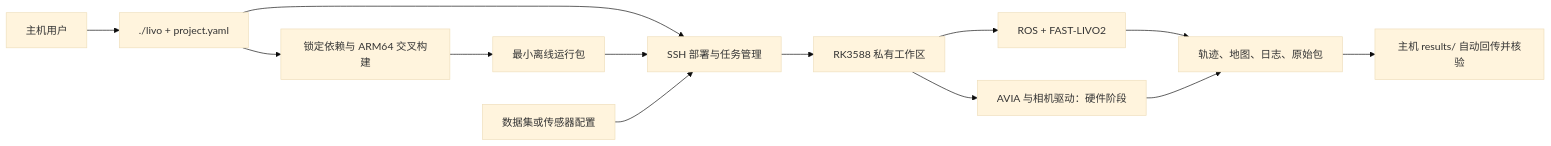
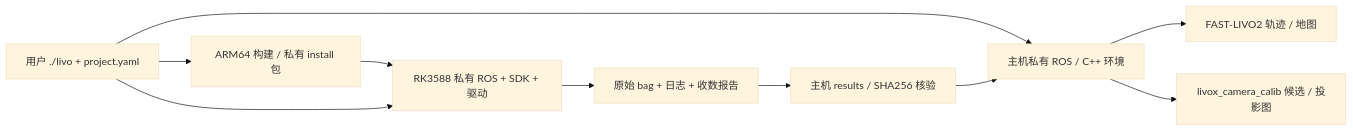
Before and after one commit to GoodLuck-123/tars: the diagram in PLAN.md, drawn with Mermaid (base theme). The commit also changed other lines of this file and 47 other files, not shown here.

````diff
--- a/PLAN.md
+++ b/PLAN.md
@@ -51,15 +41,12 @@
 ```mermaid
 flowchart LR
-    U[主机用户] --> C[./livo + project.yaml]
-    C --> B[锁定依赖与 ARM64 交叉构建]
-    B --> P[最小离线运行包]
-    C --> S[SSH 部署与任务管理]
-    P --> S
-    D[数据集或传感器配置] --> S
-    S --> R[RK3588 私有工作区]
-    R --> A[ROS + FAST-LIVO2]
-    R --> H[AVIA 与相机驱动：硬件阶段]
-    A --> O[轨迹、地图、日志、原始包]
-    H --> O
-    O --> T[主机 results/ 自动回传并核验]
+  U[用户 ./livo + project.yaml] --> B[ARM64 构建 / 私有 install 包]
+  B --> R[RK3588 私有 ROS + SDK + 驱动]
+  U --> R
+  R --> D[原始 bag + 日志 + 收数报告]
+  D --> H[主机 results / SHA256 核验]
+  U --> N[主机私有 ROS / C++ 环境]
+  H --> N
+  N --> L[FAST-LIVO2 轨迹 / 地图]
+  N --> C[livox_camera_calib 候选 / 投影图]
 ```
````
